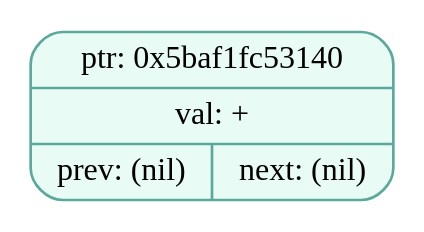
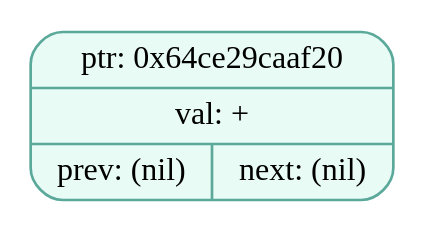
One commit to EvilTomato9890/Difference changed the diagram in dumps/tree_dump_000.dot. Above: the diagram before and after it, drawn with Graphviz. The commit also changed 44 other files, not shown here.

```diff
--- a/dumps/tree_dump_000.dot
+++ b/dumps/tree_dump_000.dot
@@ -1,5 +1,5 @@
 digraph T{
   node [fontname="Fira Mono",shape=record,style="filled,rounded",fontsize=12];
   graph [splines=true, nodesep=0.6, ranksep=0.6];
-  node_0x5baf1fc53140[shape=record,label="{ {ptr: 0x5baf1fc53140} | {val: +} | { prev: (nil) | next: (nil) } }",color="#5aa99b",fillcolor="#e9fbf5"];
+  node_0x64ce29caaf20[shape=record,label="{ {ptr: 0x64ce29caaf20} | {val: +} | { prev: (nil) | next: (nil) } }",color="#5aa99b",fillcolor="#e9fbf5"];
 }
```
